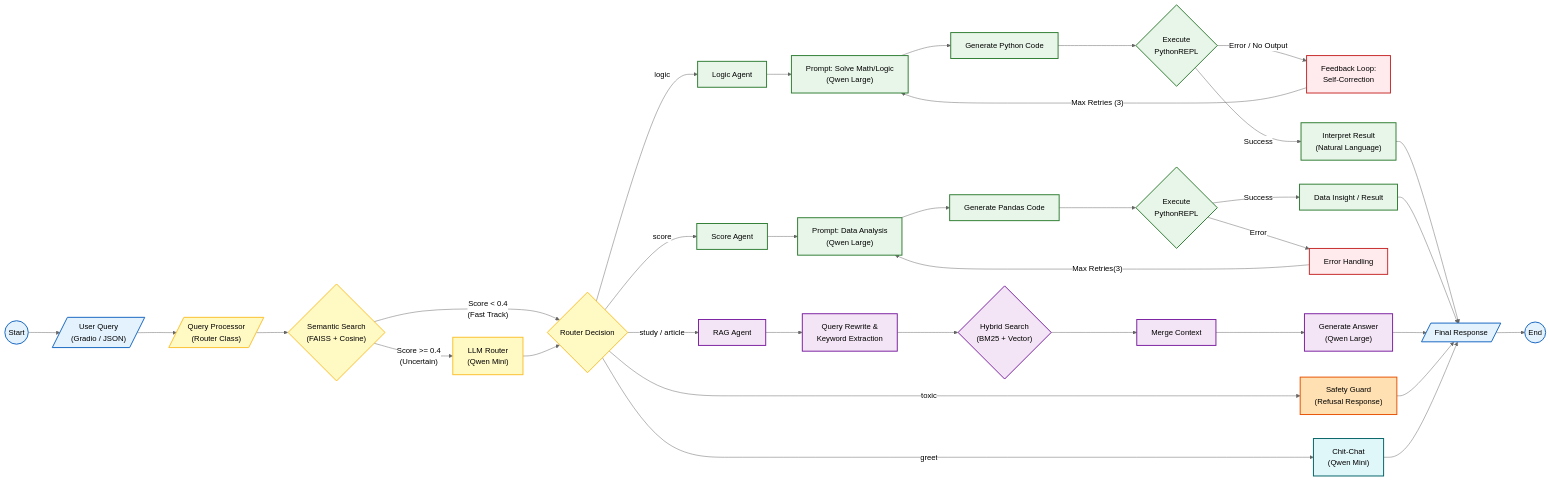
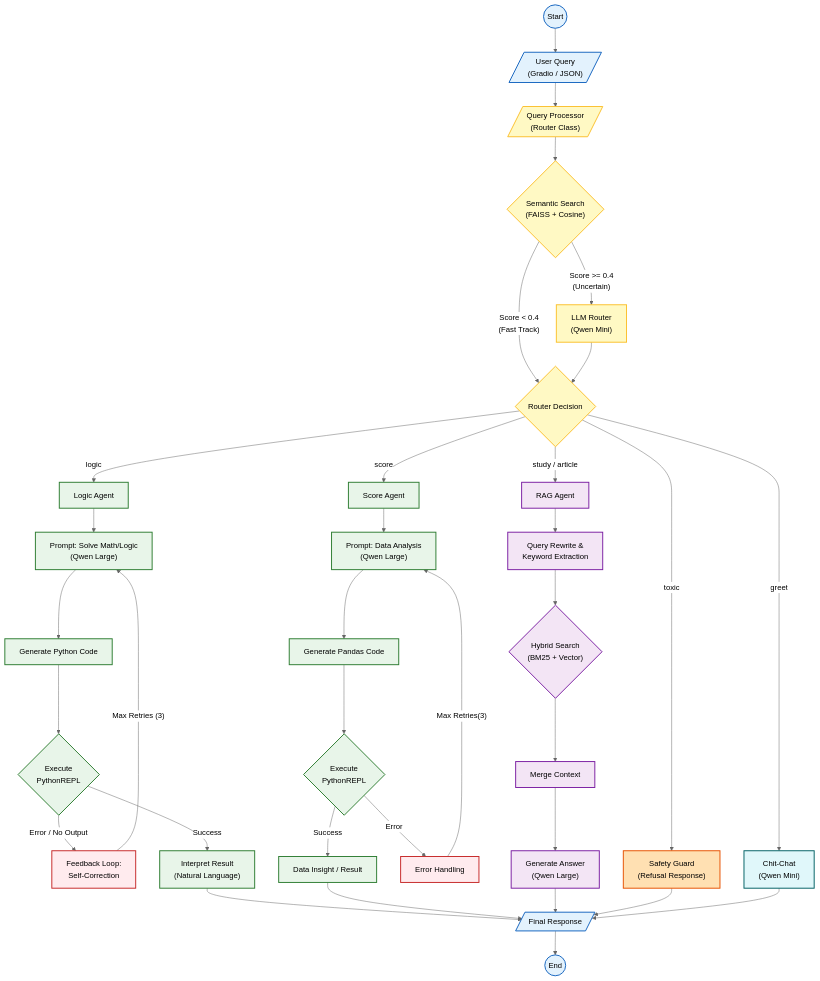
Before and after one commit to Tuevu110405/Agentic-RAG-Project: the diagram in README.md, drawn with Mermaid (neutral theme). The commit also changed other lines of this file and 1 other file, not shown here.

````diff
--- a/README.md
+++ b/README.md
@@ -15,81 +15,81 @@
 ```mermaid
-graph LR
+graph TD
     %% --- KHỞI TẠO ---
     Start((Start)) --> UserInput[/"User Query<br/>(Gradio / JSON)"/]
     
     %% --- ROUTER LAYER ---
     UserInput --> RouterProcess[/"Query Processor<br/>(Router Class)"/]
     RouterProcess --> SemanticCheck{"Semantic Search<br/>(FAISS + Cosine)"}
     
     SemanticCheck -- "Score < 0.4<br/>(Fast Track)" --> RouteDecision
     SemanticCheck -- "Score >= 0.4<br/>(Uncertain)" --> LLMRouter["LLM Router<br/>(Qwen Mini)"]
     LLMRouter --> RouteDecision{Router Decision}
 
     %% --- AGENT LAYER ---
     
     %% 1. LOGIC AGENT (Python REPL)
     RouteDecision -- logic --> LogicAgent["Logic Agent"]
     LogicAgent --> LogicPrompt["Prompt: Solve Math/Logic<br/>(Qwen Large)"]
     LogicPrompt --> GenCode["Generate Python Code"]
     GenCode --> ExecCode{"Execute<br/>PythonREPL"}
     
     ExecCode -- "Error / No Output" --> RetryLoop["Feedback Loop:<br/>Self-Correction"]
     RetryLoop -- "Max Retries (3)" --> LogicPrompt
     ExecCode -- "Success" --> Interpret["Interpret Result<br/>(Natural Language)"]
 
     %% 2. SCORE AGENT (Pandas)
     RouteDecision -- score --> ScoreAgent["Score Agent"]
     ScoreAgent --> ScorePrompt["Prompt: Data Analysis<br/>(Qwen Large)"]
     ScorePrompt --> GenPandas["Generate Pandas Code"]
     GenPandas --> ExecPandas{"Execute<br/>PythonREPL"}
     ExecPandas -- "Success" --> DataOutput["Data Insight / Result"]
     ExecPandas -- "Error" --> ScoreError["Error Handling"]
     ScoreError -- Max Retries(3) --> ScorePrompt
 
     %% 3. RAG AGENT (Study & Article)
     RouteDecision -- "study / article" --> RAGAgent["RAG Agent"]
     RAGAgent --> Rewrite["Query Rewrite &<br/>Keyword Extraction"]
     Rewrite --> HybridSearch{"Hybrid Search<br/>(BM25 + Vector)"}
     HybridSearch --> Context["Merge Context"]
     Context --> RAGGen["Generate Answer<br/>(Qwen Large)"]
 
     %% 4. SAFETY & CHIT-CHAT
     RouteDecision -- toxic --> Toxic["Safety Guard<br/>(Refusal Response)"]
     RouteDecision -- greet --> Greet["Chit-Chat<br/>(Qwen Mini)"]
 
     %% --- OUTPUT LAYER ---
     Interpret & DataOutput & RAGGen & Toxic & Greet --> FinalOutput[/"Final Response"/]
     FinalOutput --> Stop((End))
 
     %% --- STYLING ---
     %% Định nghĩa màu sắc (Pastel colors để dễ đọc text đen)
     classDef main fill:#E3F2FD,stroke:#1565C0,stroke-width:2px,color:#000;
     classDef router fill:#FFF9C4,stroke:#FBC02D,stroke-width:2px,color:#000;
     classDef logic fill:#E8F5E9,stroke:#2E7D32,stroke-width:2px,color:#000;
     classDef rag fill:#F3E5F5,stroke:#7B1FA2,stroke-width:2px,color:#000;
     classDef error fill:#FFEBEE,stroke:#C62828,stroke-width:2px,color:#000;
     
     %% Class mới cho Safety và Chat
     classDef safety fill:#FFE0B2,stroke:#E65100,stroke-width:2px,color:#000;
     classDef chat fill:#E0F7FA,stroke:#006064,stroke-width:2px,color:#000;
 
     %% Áp dụng Class vào Node
     class Start,UserInput,FinalOutput,Stop main;
     
     %% Router Layer (Thêm RouterProcess vào đây)
     class SemanticCheck,LLMRouter,RouteDecision,RouterProcess router;
     
     %% Logic & Score Agent (Thêm ScorePrompt vào đây)
     class LogicAgent,GenCode,ExecCode,Interpret,LogicPrompt logic;
     class ScoreAgent,GenPandas,ExecPandas,DataOutput,ScorePrompt logic;
     
     %% RAG Agent
     class RAGAgent,Rewrite,HybridSearch,RAGGen,Context rag;
     
     %% Error Handlers
     class RetryLoop,ScoreError error;
     
     %% Safety & Chat (Màu mới)
     class Toxic safety;
     class Greet chat;
 ```
````
